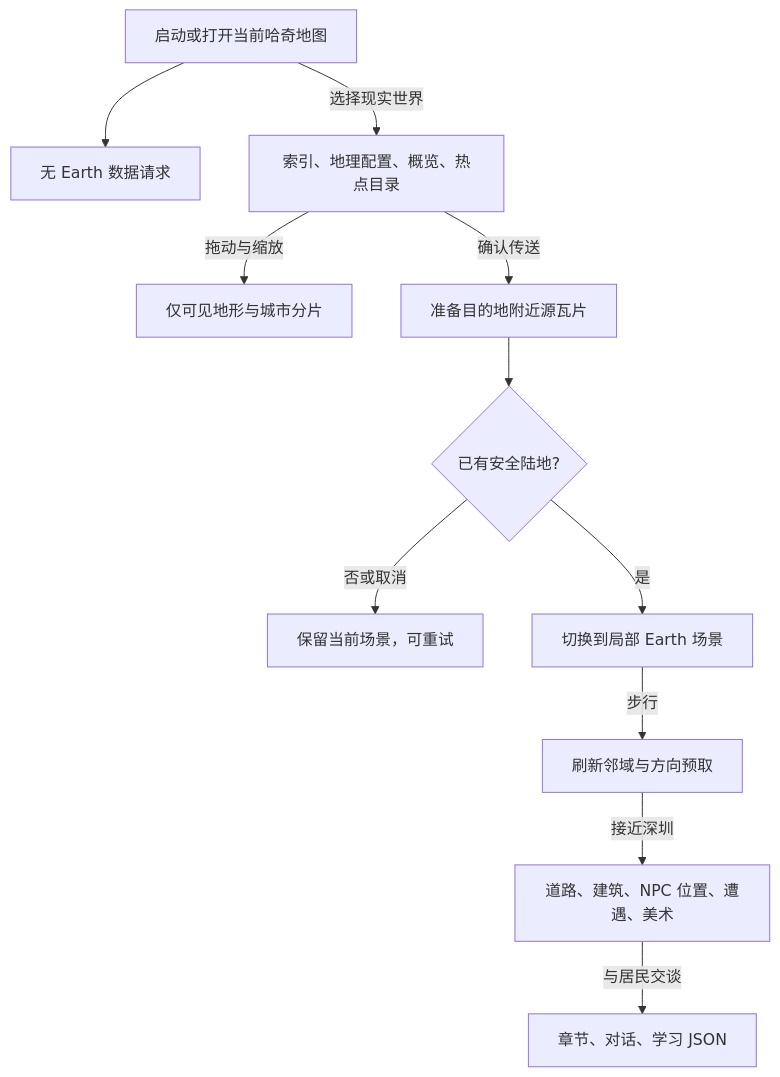
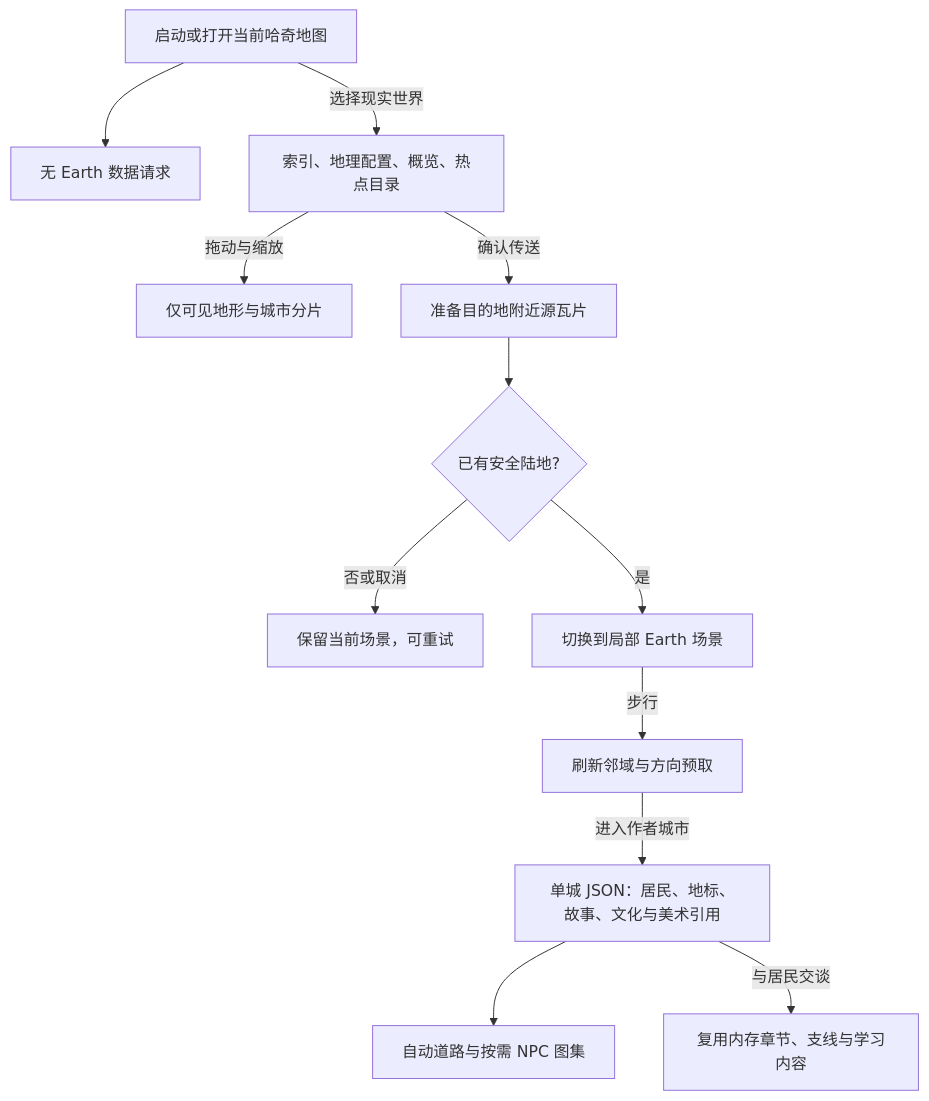
Before and after one commit to LiXizhi/HaqiWebTools: the diagram in HaqiCombatSim/docs/earth-world.md, drawn with Mermaid. The commit also changed other lines of this file and 230 other files, not shown here.

````diff
--- a/HaqiCombatSim/docs/earth-world.md
+++ b/HaqiCombatSim/docs/earth-world.md
@@ -27,13 +87,14 @@
 ```mermaid
 flowchart TD
     A[启动或打开当前哈奇地图] --> B[无 Earth 数据请求]
     A -->|选择现实世界| C[索引、地理配置、概览、热点目录]
     C -->|拖动与缩放| D[仅可见地形与城市分片]
     C -->|确认传送| E[准备目的地附近源瓦片]
     E --> F{已有安全陆地?}
     F -->|否或取消| G[保留当前场景，可重试]
     F -->|是| H[切换到局部 Earth 场景]
     H -->|步行| I[刷新邻域与方向预取]
-    I -->|接近深圳| J[道路、建筑、NPC 位置、遭遇、美术]
-    J -->|与居民交谈| K[章节、对话、学习 JSON]
+    I -->|进入作者城市| J[单城 JSON：居民、地标、故事、文化与美术引用]
+    J --> K[自动道路与按需 NPC 图集]
+    J -->|与居民交谈| L[复用内存章节、支线与学习内容]
 ```
````
